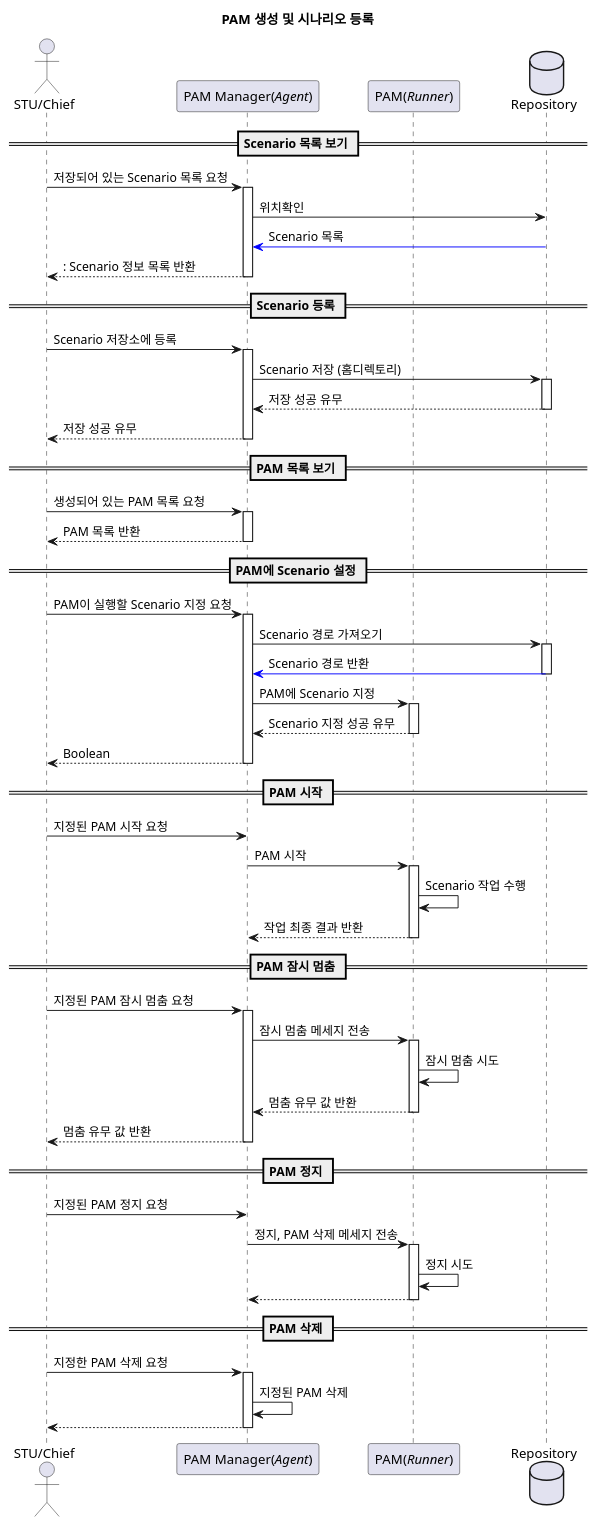
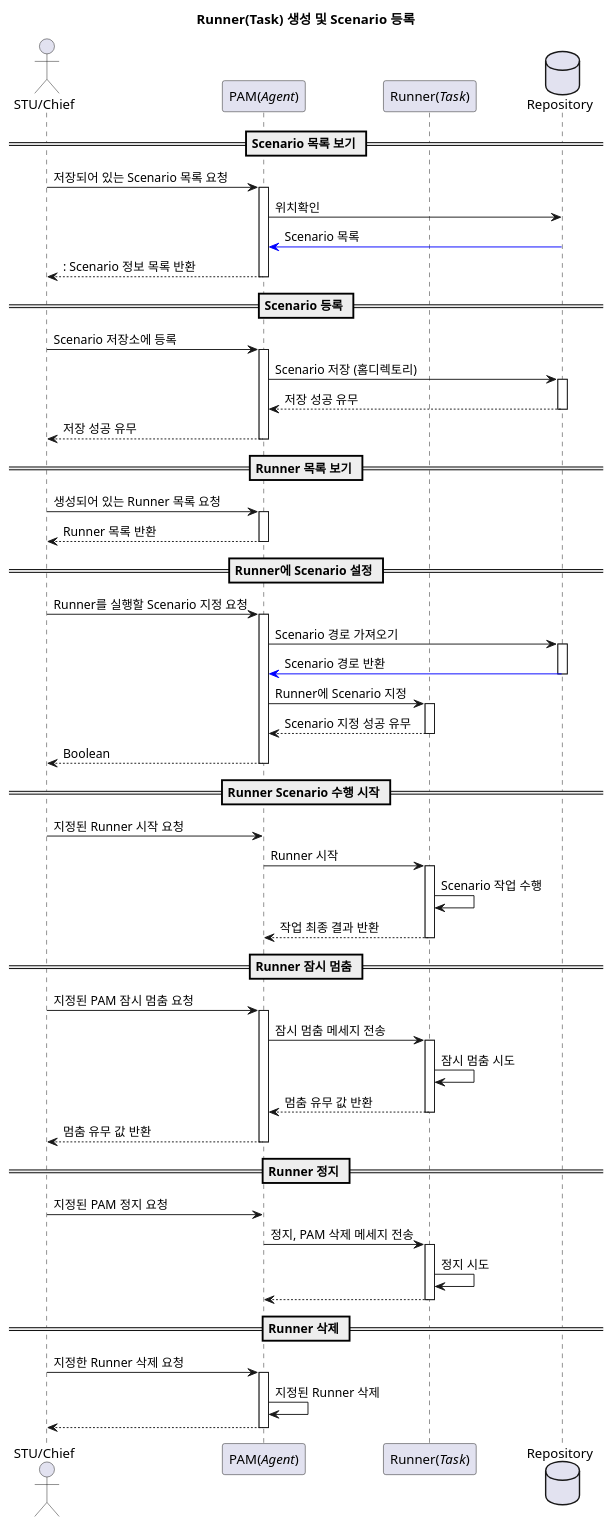
One commit to prettyrecon/pot-sdk changed the diagram in alabs/pam/README.md. Above: the diagram before and after it, drawn with PlantUML. The commit also changed 2 other files, not shown here.

Commit message:
기능변경 / RPA-618 / 러너 생성 및 시나리오 전송 변경 *. 러너를 생성하며 시나리오를 전송할 수 있도록 변경 * 러너는 항상 한 개만 생성할 수 있도록 변경

```diff
--- a/alabs/pam/README.md
+++ b/alabs/pam/README.md
@@ -3,76 +3,76 @@
 @startuml
 title
-PAM 생성 및 시나리오 등록
+Runner(Task) 생성 및 Scenario 등록
 end title
 
 ' 선언
 actor "STU/Chief" as USER  
-participant "PAM Manager(//Agent//)" as PM
-participant "PAM(//Runner//)" as PAM
+participant "PAM(//Agent//)" as PAM
+participant "Runner(//Task//)" as Runner
 database "Repository" as REPOSITORY
 ' collections BOT
 
 == Scenario 목록 보기 ==
 
-USER -> PM: 저장되어 있는 Scenario 목록 요청
-activate PM
-PM -> REPOSITORY: 위치확인
-REPOSITORY [#blue]-> PM: Scenario 목록
+USER -> PAM: 저장되어 있는 Scenario 목록 요청
+activate PAM
+PAM -> REPOSITORY: 위치확인
+REPOSITORY [#blue]-> PAM: Scenario 목록
 return: Scenario 정보 목록 반환
 
 
 == Scenario 등록 ==
-USER -> PM: Scenario 저장소에 등록
-activate PM
-PM -> REPOSITORY: Scenario 저장 (홈디렉토리)
+USER -> PAM: Scenario 저장소에 등록
+activate PAM
+PAM -> REPOSITORY: Scenario 저장 (홈디렉토리)
 activate REPOSITORY 
 return 저장 성공 유무 
 return 저장 성공 유무
 
-== PAM 목록 보기 ==
-USER -> PM: 생성되어 있는 PAM 목록 요청
-activate PM 
-return PAM 목록 반환  
+== Runner 목록 보기 ==
+USER -> PAM: 생성되어 있는 Runner 목록 요청
+activate PAM 
+return Runner 목록 반환  
 
-== PAM에 Scenario 설정 ==
-USER -> PM: PAM이 실행할 Scenario 지정 요청
-activate PM
-PM -> REPOSITORY: Scenario 경로 가져오기
+== Runner에 Scenario 설정 ==
+USER -> PAM: Runner를 실행할 Scenario 지정 요청
+activate PAM
+PAM -> REPOSITORY: Scenario 경로 가져오기
 activate REPOSITORY
-REPOSITORY [#blue]-> PM: Scenario 경로 반환
+REPOSITORY [#blue]-> PAM: Scenario 경로 반환
 deactivate REPOSITORY
-PM -> PAM: PAM에 Scenario 지정
-activate PAM
+PAM -> Runner: Runner에 Scenario 지정
+activate Runner
 return Scenario 지정 성공 유무
 return Boolean 
 
-== PAM 시작 ==
-USER -> PM: 지정된 PAM 시작 요청
-PM -> PAM: PAM 시작
-activate PAM
-PAM -> PAM: Scenario 작업 수행
+== Runner Scenario 수행 시작 ==
+USER -> PAM: 지정된 Runner 시작 요청
+PAM -> Runner: Runner 시작
+activate Runner
+Runner -> Runner: Scenario 작업 수행
 return 작업 최종 결과 반환
 
-== PAM 잠시 멈춤 ==
-USER -> PM: 지정된 PAM 잠시 멈춤 요청
-activate PM
-PM -> PAM: 잠시 멈춤 메세지 전송
+== Runner 잠시 멈춤 ==
+USER -> PAM: 지정된 PAM 잠시 멈춤 요청
 activate PAM
-PAM -> PAM: 잠시 멈춤 시도
+PAM -> Runner: 잠시 멈춤 메세지 전송
+activate Runner
+Runner -> Runner: 잠시 멈춤 시도
 return 멈춤 유무 값 반환
 return 멈춤 유무 값 반환
 
-== PAM 정지 ==
-USER -> PM: 지정된 PAM 정지 요청
-PM -> PAM: 정지, PAM 삭제 메세지 전송
-activate PAM
-PAM -> PAM: 정지 시도
+== Runner 정지 ==
+USER -> PAM: 지정된 PAM 정지 요청
+PAM -> Runner: 정지, PAM 삭제 메세지 전송
+activate Runner
+Runner -> Runner: 정지 시도
 return 
 
-== PAM 삭제 ==
-USER -> PM: 지정한 PAM 삭제 요청
-activate PM 
-PM -> PM: 지정된 PAM 삭제
+== Runner 삭제 ==
+USER -> PAM: 지정한 Runner 삭제 요청
+activate PAM 
+PAM -> PAM: 지정된 Runner 삭제
 return 
 
 
```
